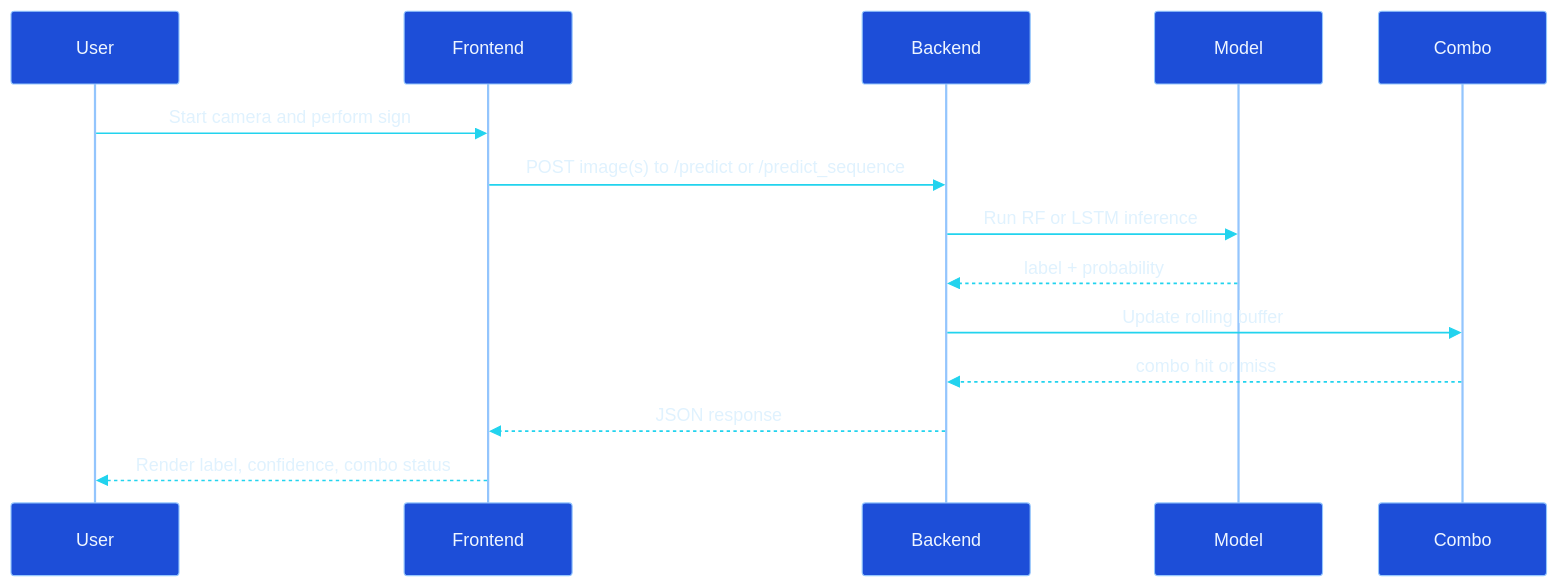
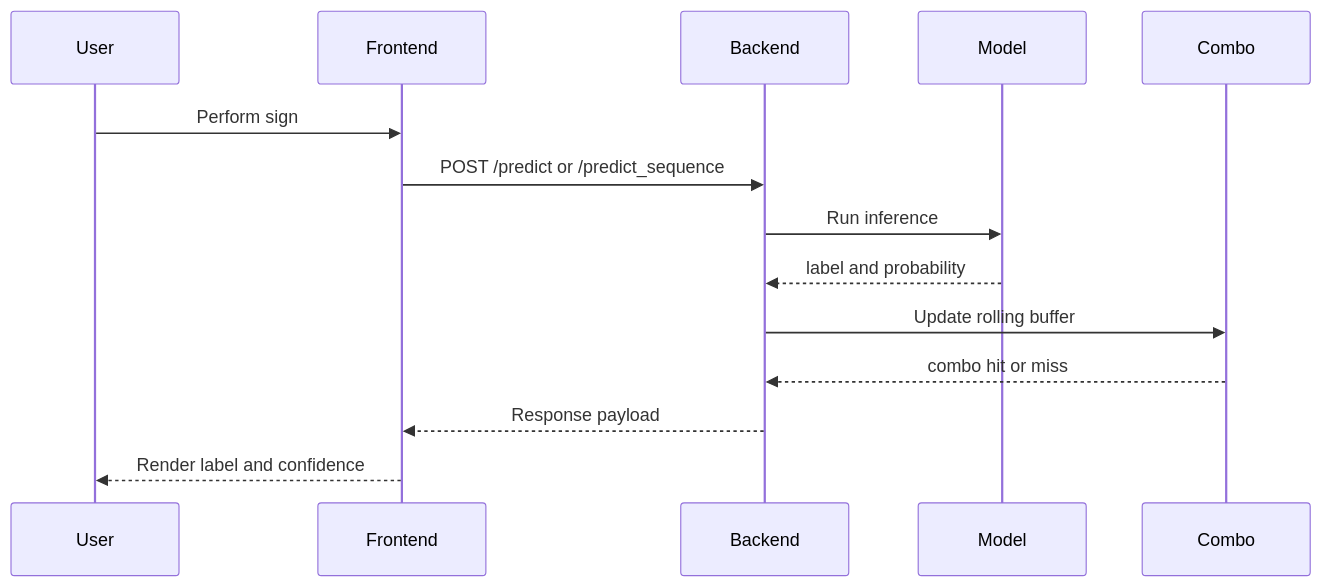
One commit to RishiStudies/hand_sign_detection_dynamic changed the second of 3 diagrams in README.md. Above: the diagram before and after it, drawn with Mermaid. The commit also changed other lines of this file and 4 other files, not shown here.

````diff
--- a/README.md
+++ b/README.md
@@ -337,31 +256,17 @@
 ```mermaid
-%%{init: {'theme': 'base', 'themeVariables': {
-  'background': '#0b1020',
-  'primaryColor': '#0f172a',
-  'primaryTextColor': '#e2e8f0',
-  'lineColor': '#22d3ee',
-  'actorBkg': '#1d4ed8',
-  'actorBorder': '#93c5fd',
-  'actorTextColor': '#eff6ff',
-  'signalColor': '#22d3ee',
-  'signalTextColor': '#e0f2fe',
-  'labelBoxBkgColor': '#111827',
-  'labelBoxBorderColor': '#334155',
-  'labelTextColor': '#f8fafc'
-}}}%%
 sequenceDiagram
   participant User
   participant Frontend
   participant Backend
   participant Model
   participant Combo
 
-  User->>Frontend: Start camera and perform sign
-  Frontend->>Backend: POST image(s) to /predict or /predict_sequence
-  Backend->>Model: Run RF or LSTM inference
-  Model-->>Backend: label + probability
+  User->>Frontend: Perform sign
+  Frontend->>Backend: POST /predict or /predict_sequence
+  Backend->>Model: Run inference
+  Model-->>Backend: label and probability
   Backend->>Combo: Update rolling buffer
   Combo-->>Backend: combo hit or miss
-  Backend-->>Frontend: JSON response
-  Frontend-->>User: Render label, confidence, combo status
+  Backend-->>Frontend: Response payload
+  Frontend-->>User: Render label and confidence
 ```
````
